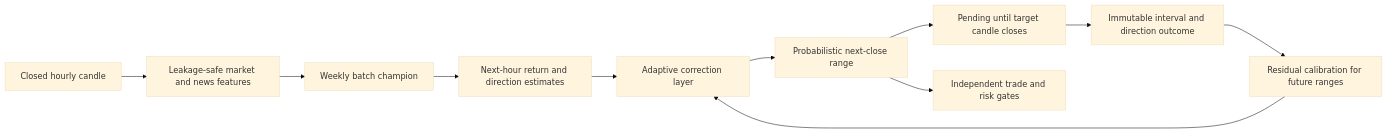
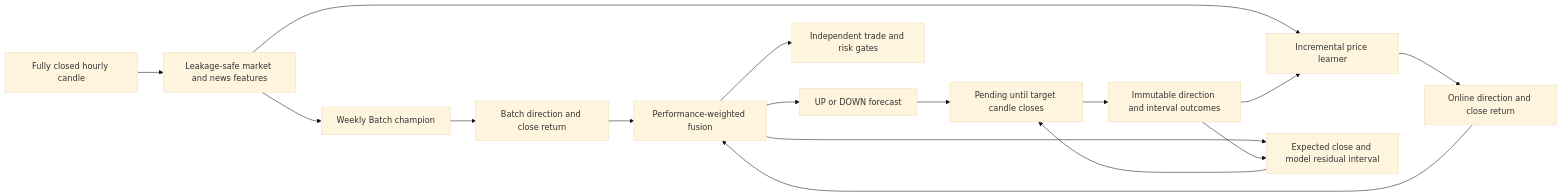
Before and after one commit to TheLouisMahdi/btc-hourly-forecast: the diagram in README.md, drawn with Mermaid (base theme). The commit also changed other lines of this file, not shown here.

Commit message:
docs: document direction-first adaptive forecast architecture

````diff
--- a/README.md
+++ b/README.md
@@ -94,13 +135,18 @@
 ```mermaid
 flowchart LR
-    A[Closed hourly candle] --> B[Leakage-safe market and news features]
-    B --> C[Weekly batch champion]
-    C --> D[Next-hour return and direction estimates]
-    D --> E[Adaptive correction layer]
-    E --> F[Probabilistic next-close range]
-    F --> G[Pending until target candle closes]
-    G --> H[Immutable interval and direction outcome]
-    H --> I[Residual calibration for future ranges]
-    I --> E
-    F --> J[Independent trade and risk gates]
+    A[Fully closed hourly candle] --> B[Leakage-safe market and news features]
+    B --> C[Weekly Batch champion]
+    B --> D[Incremental price learner]
+    C --> E[Batch direction and close return]
+    D --> F[Online direction and close return]
+    E --> G[Performance-weighted fusion]
+    F --> G
+    G --> H[UP or DOWN forecast]
+    G --> I[Expected close and model residual interval]
+    H --> J[Pending until target candle closes]
+    I --> J
+    J --> K[Immutable direction and interval outcomes]
+    K --> D
+    K --> I
+    G --> L[Independent trade and risk gates]
 ```
````
